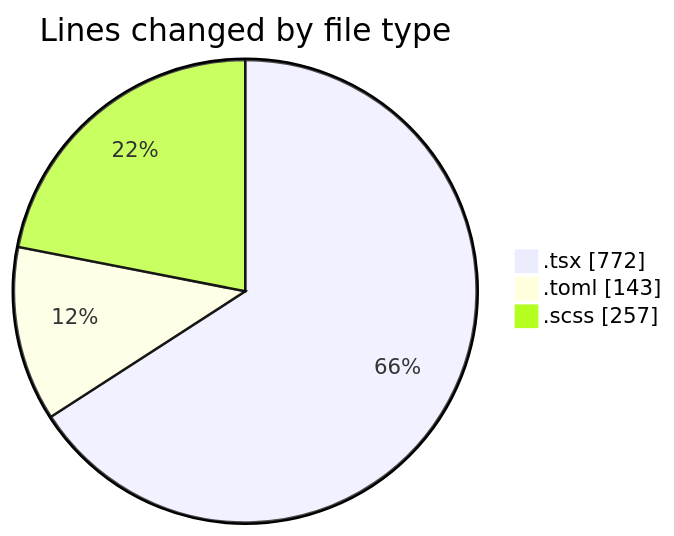
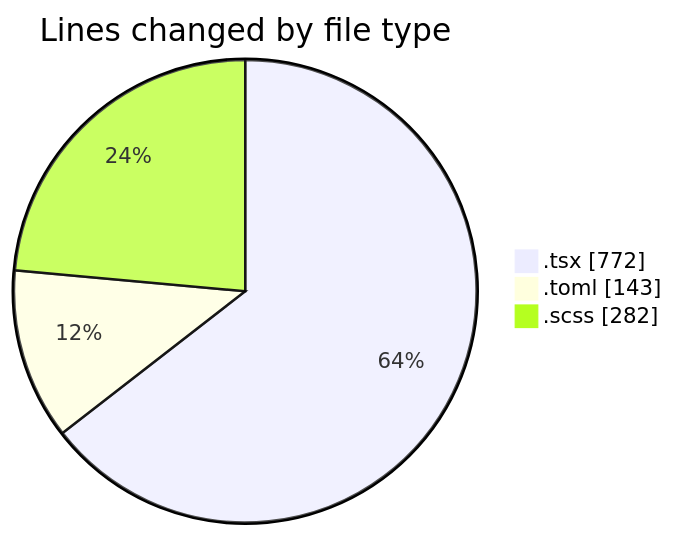
Before and after one commit to momahboobian/code-tracking: the first of 2 diagrams in 2026-11-02/cda/README.md, drawn with Mermaid. The commit also changed other lines of this file and 1 other file, not shown here.

````diff
--- a/2026-11-02/cda/README.md
+++ b/2026-11-02/cda/README.md
@@ -24,7 +24,7 @@
 ```mermaid
 pie showData
 title Lines changed by file type
 ".tsx" : 772
 ".toml" : 143
-".scss" : 257
+".scss" : 282
 ```
````
